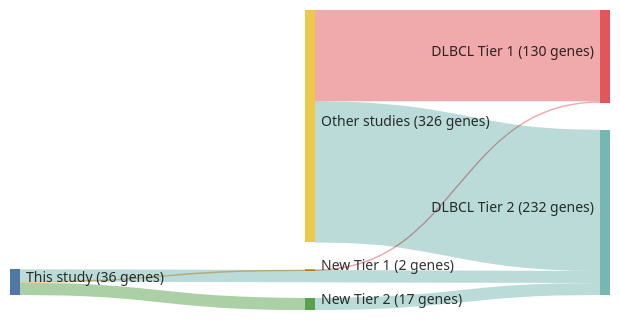
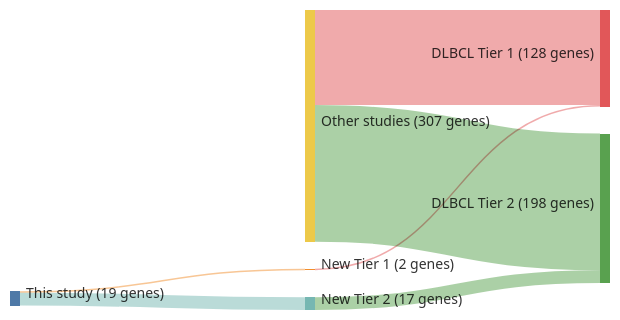
One commit to morinlab/lymphopedia changed the diagram in papers/chapuyMolecularSubtypesDiffuse2018b.md. Above: the diagram before and after it, drawn with Mermaid. The commit also changed 81 other files, not shown here.

````diff
--- a/papers/chapuyMolecularSubtypesDiffuse2018b.md
+++ b/papers/chapuyMolecularSubtypesDiffuse2018b.md
@@ -12,21 +12,20 @@
 ```mermaid
 ---
 config:
     sankey:
         showValues: true
         linkColor: target
         width: 600
         height: 300
         nodeAlignment: right
         prefix: '('
         suffix: ' genes)'
 ---
 sankey-beta
 This study, New Tier 1, 2
 New Tier 1, DLBCL Tier 1, 2
-This study, DLBCL Tier 2, 17
 This study, New Tier 2, 17
 New Tier 2, DLBCL Tier 2, 17
-Other studies, DLBCL Tier 1, 128
-Other studies, DLBCL Tier 2, 198
+Other studies, DLBCL Tier 1, 126
+Other studies, DLBCL Tier 2, 181
 ```
````
